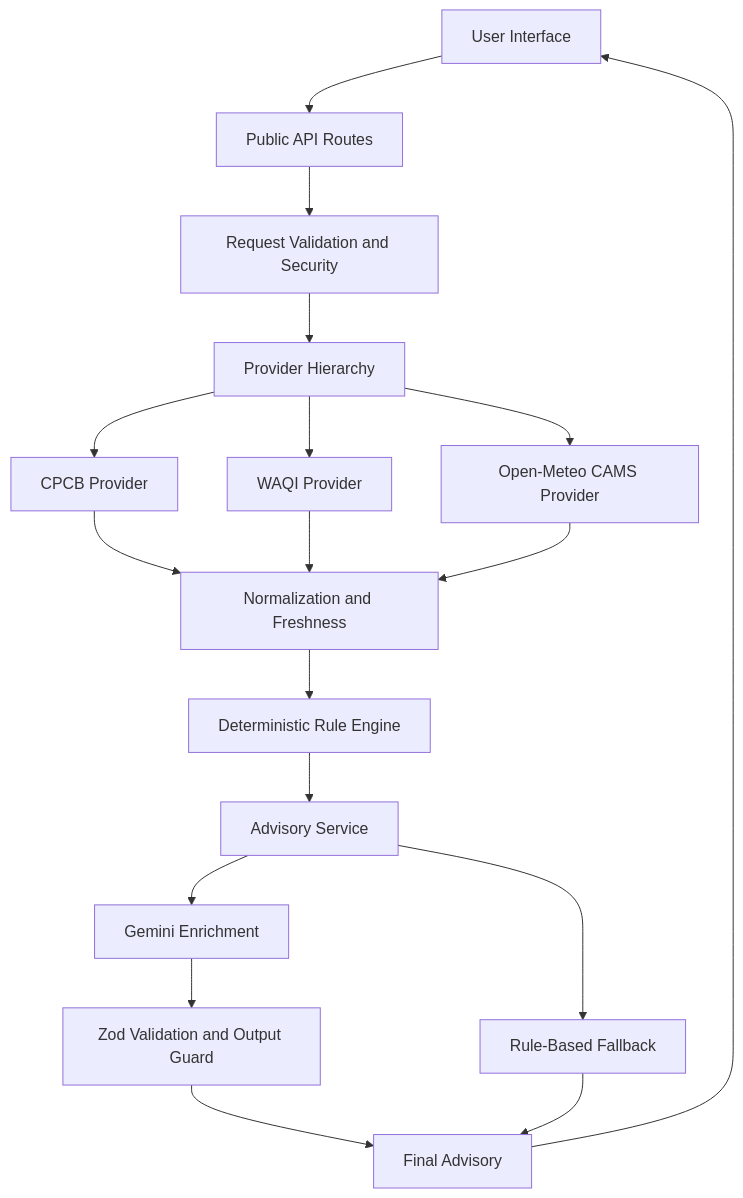
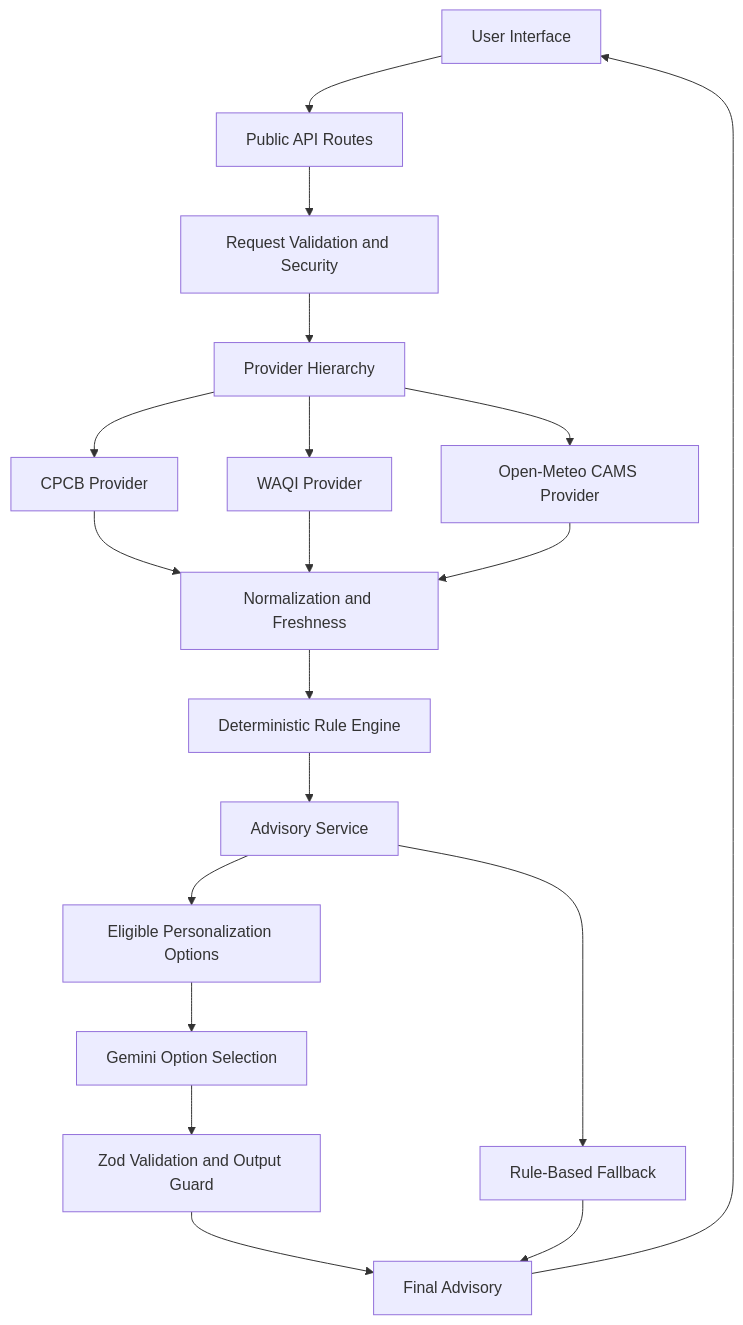
The diagram in README.md (AbdulWebAgency/VayuSetu), drawn with Mermaid before and after one commit. The commit also changed other lines of this file, not shown here.

````diff
--- a/README.md
+++ b/README.md
@@ -119,26 +153,27 @@
 ```mermaid
 flowchart TD
     A[User Interface] --> B[Public API Routes]
     B --> C[Request Validation and Security]
     C --> D[Provider Hierarchy]
 
     D --> E[CPCB Provider]
     D --> F[WAQI Provider]
     D --> G[Open-Meteo CAMS Provider]
 
     E --> H[Normalization and Freshness]
     F --> H
     G --> H
 
     H --> I[Deterministic Rule Engine]
     I --> J[Advisory Service]
 
-    J --> K[Gemini Enrichment]
-    K --> L[Zod Validation and Output Guard]
+    J --> K[Eligible Personalization Options]
+    K --> O[Gemini Option Selection]
+    O --> L[Zod Validation and Output Guard]
     L --> M[Final Advisory]
 
     J --> N[Rule-Based Fallback]
     N --> M
 
     M --> A
 ```
````
